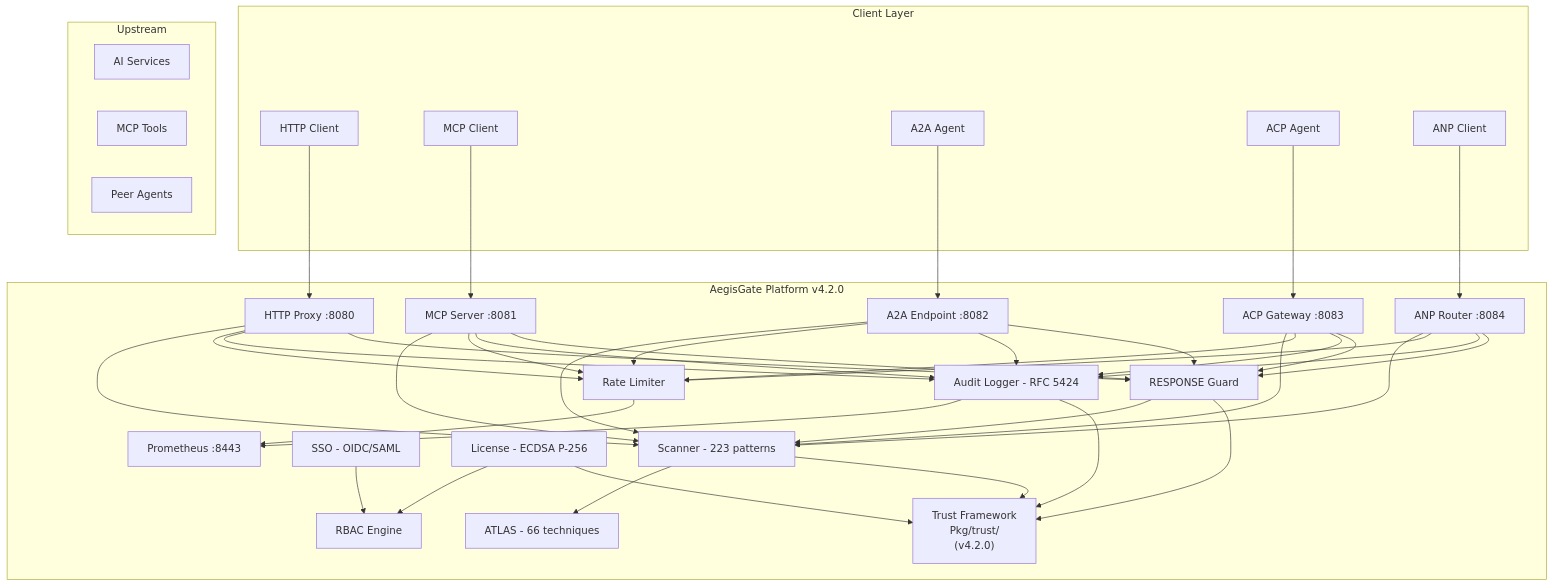
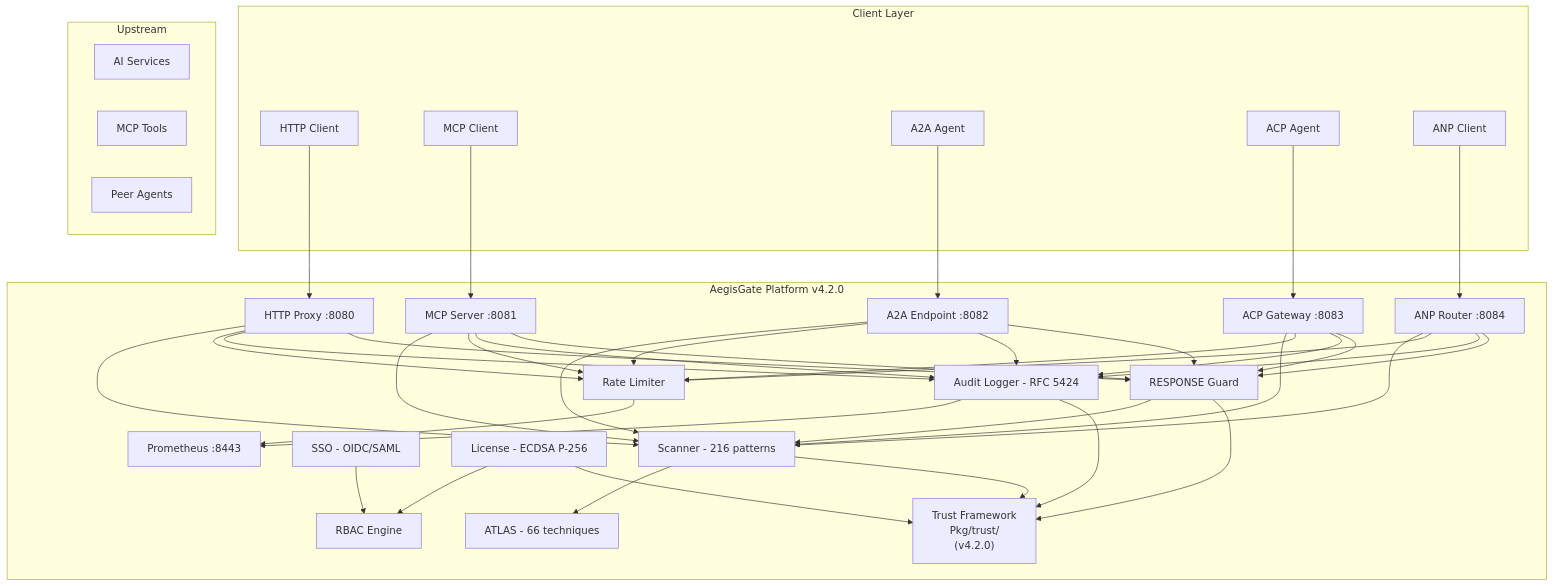
The diagram in content/tech.md (aegisgatesecurity/aegisgate-site), drawn with Mermaid before and after one commit. The commit also changed other lines of this file and 16 other files, not shown here.

```diff
--- a/content/tech.md
+++ b/content/tech.md
@@ -12,61 +12,61 @@
 {{< mermaid >}}
 flowchart TB
     subgraph Client["Client Layer"]
         A["HTTP Client"]
         B["MCP Client"]
         C["A2A Agent"]
         D["ACP Agent"]
         E["ANP Client"]
     end
 
     subgraph AegisGate["AegisGate Platform v4.2.0"]
         G["HTTP Proxy :8080"]
         H["MCP Server :8081"]
         I["A2A Endpoint :8082"]
         J["ACP Gateway :8083"]
         K["ANP Router :8084"]
         L["RESPONSE Guard"]
         TR["Trust Framework\nPkg/trust/\n(v4.2.0)"]
 
-        M["Scanner - 223 patterns"]
+        M["Scanner - 216 patterns"]
         N["ATLAS - 66 techniques"]
         O["Rate Limiter"]
         P["Audit Logger - RFC 5424"]
 
         Q["SSO - OIDC/SAML"]
         R["RBAC Engine"]
         S["License - ECDSA P-256"]
 
         T["Prometheus :8443"]
     end
 
     subgraph Upstream["Upstream"]
         U["AI Services"]
         V["MCP Tools"]
         W["Peer Agents"]
     end
 
     A --> G
     B --> H
     C --> I
     D --> J
     E --> K
 
     G --> M & O & P & L
     H --> M & O & P & L
     I --> M & O & P & L
     J --> M & O & P & L
     K --> M & O & P & L
 
     M --> N
     L --> M
     O --> T
     P --> T
     Q --> R
     S --> R
 
     M --> TR
     L --> TR
     P --> TR
     S --> TR
 {{< /mermaid >}}
```
